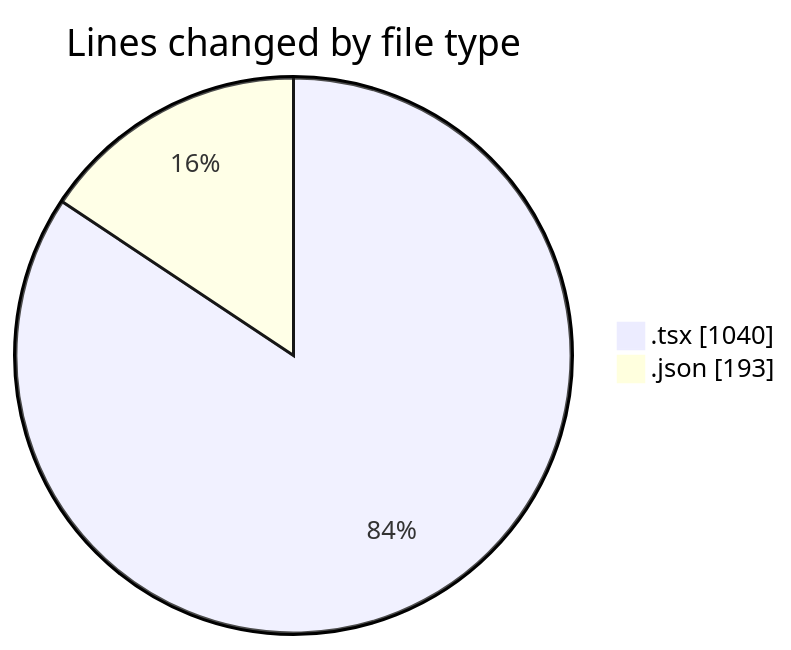
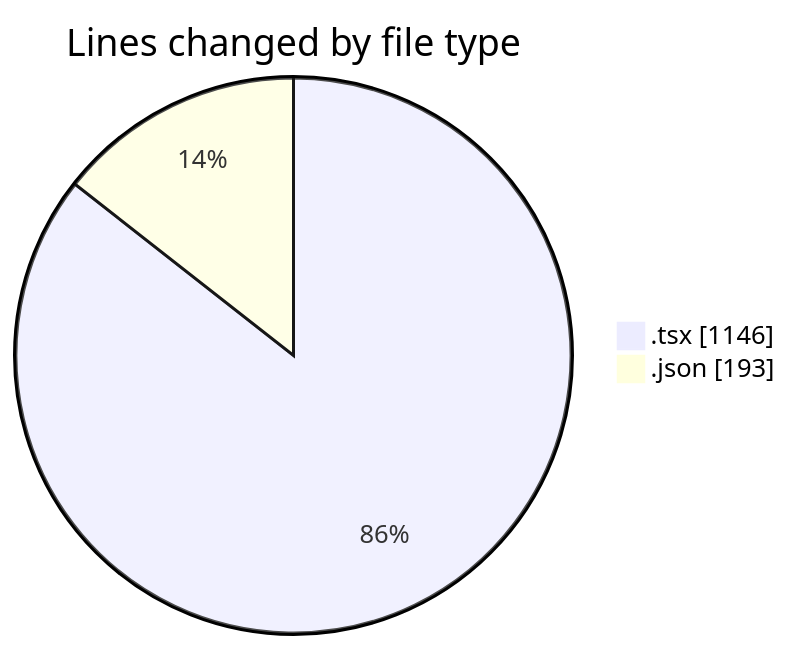
The first of 2 diagrams in 2025-05-08/niten/README.md (Elitesun/code-tracking), drawn with Mermaid before and after one commit. The commit also changed other lines of this file and 1 other file, not shown here.

````diff
--- a/2025-05-08/niten/README.md
+++ b/2025-05-08/niten/README.md
@@ -26,6 +26,6 @@
 ```mermaid
 pie showData
 title Lines changed by file type
-".tsx" : 1040
+".tsx" : 1146
 ".json" : 193
 ```
````
